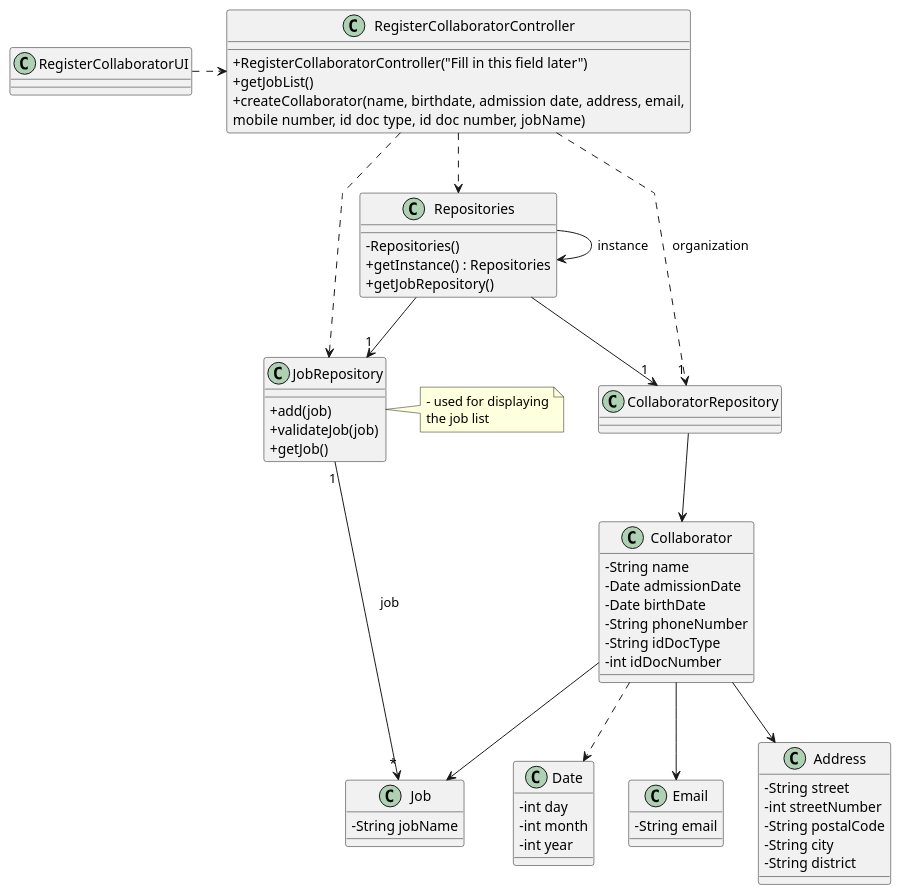
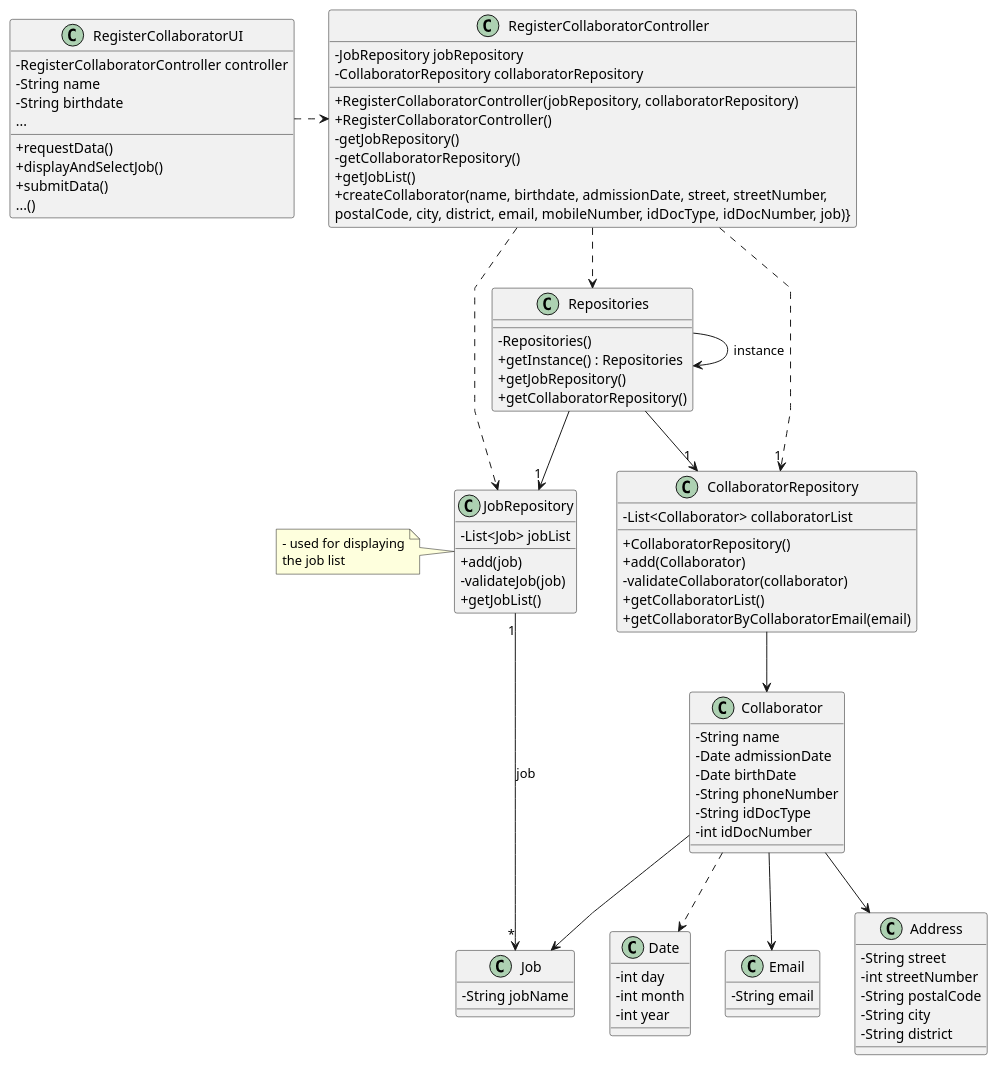
One commit to Rui-San/LAPR2_2023_2024 changed the diagram in docs/sprintB/us003/03.design/puml/us003-class-diagram.puml. Above: the diagram before and after it, drawn with PlantUML. The commit also changed 1 other file, not shown here.

Commit message:
US03 - Update on class diagram

```diff
--- a/docs/sprintB/us003/03.design/puml/us003-class-diagram.puml
+++ b/docs/sprintB/us003/03.design/puml/us003-class-diagram.puml
@@ -1,87 +1,113 @@
 @startuml
 'skinparam monochrome true
 skinparam packageStyle rectangle
 skinparam shadowing false
 skinparam linetype polyline
 'skinparam linetype orto
 
 skinparam classAttributeIconSize 0
 
 
 class Collaborator {
      - String name
      - Date admissionDate
      - Date birthDate
      - String phoneNumber
      - String idDocType
      - int idDocNumber
 }
 
 class Job {
     - String jobName
 }
 
 class Date {
     - int day
     - int month
     - int year
 }
 
 class CollaboratorRepository{
+    - List<Collaborator> collaboratorList
+
+    + CollaboratorRepository()
+    + add(Collaborator)
+    - validateCollaborator(collaborator)
+    + getCollaboratorList()
+    + getCollaboratorByCollaboratorEmail(email)
 }
 
 class JobRepository {
+    - List<Job> jobList
+
     + add(job)
-    + validateJob(job)
-    + getJob()
+    - validateJob(job)
+    + getJobList()
 }
 
 class Repositories {
     - Repositories()
     + getInstance() : Repositories
     + getJobRepository()
+    + getCollaboratorRepository()
 }
 
-note right of JobRepository
+note left of JobRepository
     - used for displaying
     the job list
 end note
 
 class RegisterCollaboratorController {
-    + RegisterCollaboratorController("Fill in this field later")
+    - JobRepository jobRepository
+    - CollaboratorRepository collaboratorRepository
+
+    + RegisterCollaboratorController(jobRepository, collaboratorRepository)
+    + RegisterCollaboratorController()
+    - getJobRepository()
+    - getCollaboratorRepository()
     + getJobList()
-    + createCollaborator(name, birthdate, admission date, address, email,\nmobile number, id doc type, id doc number, jobName)
+    + createCollaborator(name, birthdate, admissionDate, street, streetNumber,\npostalCode, city, district, email, mobileNumber, idDocType, idDocNumber, job)}
+
 }
 
 class RegisterCollaboratorUI {
+    - RegisterCollaboratorController controller
+    - String name
+    - String birthdate
+    ...
+
+    + requestData()
+    + displayAndSelectJob()
+    + submitData()
+    ...()
 }
 
 class Email{
     - String email
 }
 
 class Address{
     - String street
     - int streetNumber
     - String postalCode
     - String city
     - String district
 
 }
 
 RegisterCollaboratorUI .right.> RegisterCollaboratorController
-RegisterCollaboratorController ..> "1" CollaboratorRepository : organization
+RegisterCollaboratorController ..> "1" CollaboratorRepository
 CollaboratorRepository -down-> Collaborator
 RegisterCollaboratorController ..> JobRepository
 JobRepository "1"-->"*" Job : job
 Collaborator --> Job
 Collaborator --> Email
 Collaborator --> Address
 Collaborator ..> Date
 RegisterCollaboratorController ..> Repositories
 Repositories --> "1" JobRepository
 Repositories --> "1" CollaboratorRepository
 Repositories -> Repositories : instance
 
 
 @enduml
```
